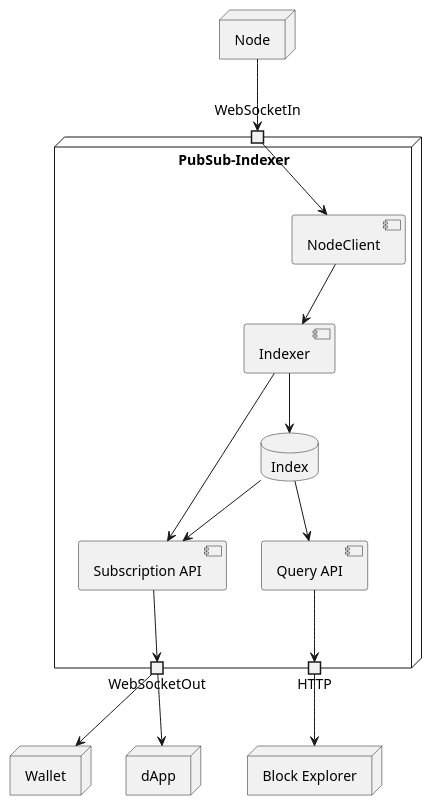
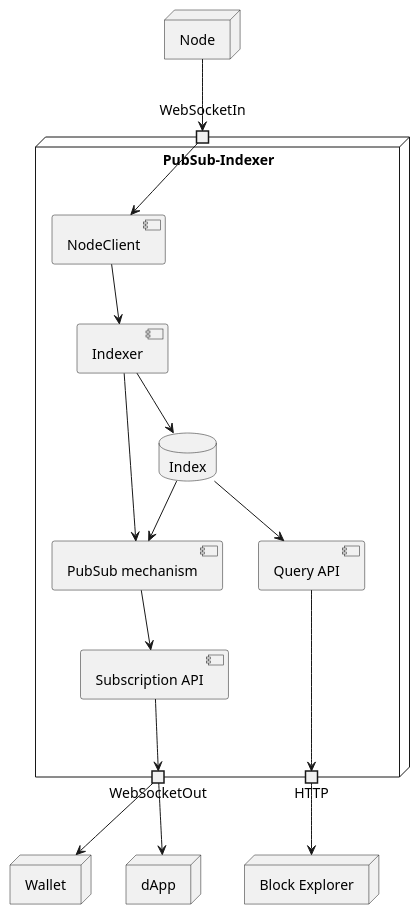
Before and after one commit to midnightntwrk/midnight-architecture: the diagram in components/PubSubIndexer/components.puml, drawn with PlantUML. The commit also changed 2 other files, not shown here.

```diff
--- a/components/PubSubIndexer/components.puml
+++ b/components/PubSubIndexer/components.puml
@@ -1,32 +1,33 @@
 @startuml
 
 node "Node"
 
 node "PubSub-Indexer" {
   portin WebSocketIn
   portout WebSocketOut
   portout HTTP
   database Index
 
   WebSocketIn -> [NodeClient]
   [NodeClient] --> [Indexer]
   [Indexer] --> Index
-  [Indexer] ---> [Subscription API]
-  [Subscription API] --> WebSocketOut
-  Index -> [Subscription API]
+  [Indexer] --> [PubSub mechanism]
+  [Subscription API] ----> WebSocketOut
+  Index --> [PubSub mechanism]
+  [PubSub mechanism] --> [Subscription API]
   Index --> [Query API]
-  [Query API] --> HTTP
+  [Query API] ---> HTTP
 }
 
 Node --> WebSocketIn
 
 node Wallet
 WebSocketOut --> Wallet
 
 node dApp
 WebSocketOut --> dApp
 
 node "Block Explorer" as explorer
 HTTP --> explorer
 
 @enduml
```
